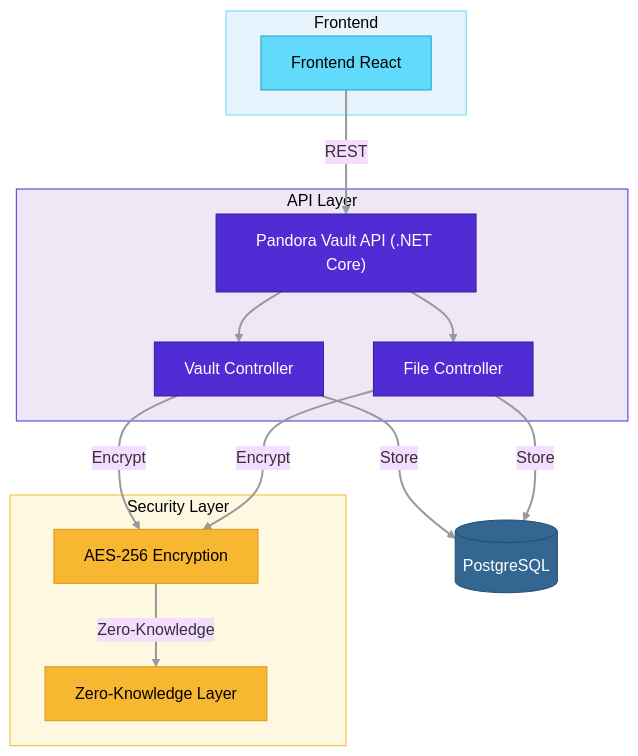
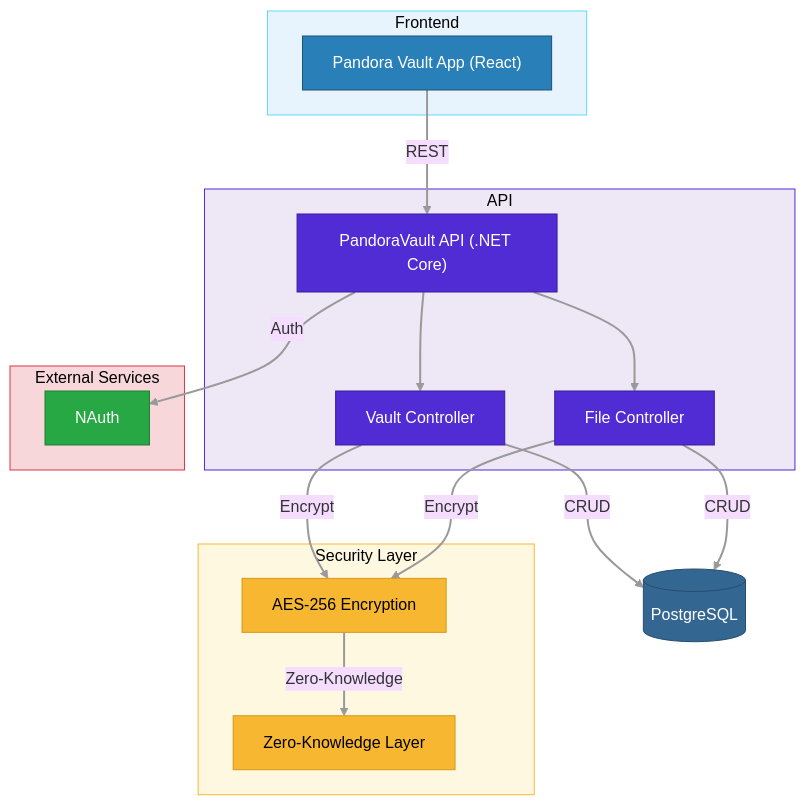
The diagram in emagine-site/src/data/diagrams/pandoravault.mmd (emaginebr/emagine-deploy), drawn with Mermaid (base theme) before and after one commit. The commit also changed 111 other files, not shown here.

Commit message:
fix: refactory diagrams

```diff
--- a/emagine-site/src/data/diagrams/pandoravault.mmd
+++ b/emagine-site/src/data/diagrams/pandoravault.mmd
@@ -1,45 +1,45 @@
 graph TD
     subgraph Frontend
-        FrontendApp["Frontend React"]
+        PVApp["Pandora Vault App (React)"]
     end
-    subgraph API["API Layer"]
-        APIServer["Pandora Vault API (.NET Core)"]
+    subgraph API["API"]
+        APIServer["PandoraVault API (.NET Core)"]
         VaultCtrl["Vault Controller"]
         FileCtrl["File Controller"]
     end
     subgraph Security["Security Layer"]
-        AES["AES-256 Encryption"]
+        EncryptionSvc["AES-256 Encryption"]
         ZeroKnowledge["Zero-Knowledge Layer"]
     end
-    DB[(" PostgreSQL")]
+    subgraph External["External Services"]
+        NAuth["NAuth"]
+    end
+    DB[("PostgreSQL")]
 
-    FrontendApp -->|"REST"| APIServer
+    PVApp -->|"REST"| APIServer
     APIServer --> VaultCtrl
     APIServer --> FileCtrl
-    VaultCtrl -->|"Encrypt"| AES
-    FileCtrl -->|"Encrypt"| AES
-    AES -->|"Zero-Knowledge"| ZeroKnowledge
-    VaultCtrl -->|"Store"| DB
-    FileCtrl -->|"Store"| DB
+    VaultCtrl -->|"Encrypt"| EncryptionSvc
+    FileCtrl -->|"Encrypt"| EncryptionSvc
+    EncryptionSvc -->|"Zero-Knowledge"| ZeroKnowledge
+    VaultCtrl -->|"CRUD"| DB
+    FileCtrl -->|"CRUD"| DB
+    APIServer -->|"Auth"| NAuth
 
-    click FrontendApp mermaidCallback "Frontend"
-    click APIServer mermaidCallback "API"
-    click VaultCtrl mermaidCallback "VaultCtrl"
-    click FileCtrl mermaidCallback "FileCtrl"
-    click AES mermaidCallback "AES"
-    click ZeroKnowledge mermaidCallback "ZeroKnowledge"
-    click DB mermaidCallback "DB"
+    click NAuth mermaidCallback "NAuth"
 
-    style FrontendApp fill:#61DAFB,stroke:#21a1c9,color:#000
+    style PVApp fill:#2980b9,stroke:#1a5276,color:#fff
     style APIServer fill:#512BD4,stroke:#3a1d9e,color:#fff
     style VaultCtrl fill:#512BD4,stroke:#3a1d9e,color:#fff
     style FileCtrl fill:#512BD4,stroke:#3a1d9e,color:#fff
-    style AES fill:#f7b731,stroke:#d4991a,color:#000
+    style EncryptionSvc fill:#f7b731,stroke:#d4991a,color:#000
     style ZeroKnowledge fill:#f7b731,stroke:#d4991a,color:#000
+    style NAuth fill:#28a745,stroke:#1e7e34,color:#fff
     style DB fill:#336791,stroke:#264d6e,color:#fff
 
     style Frontend fill:#e8f4fd,stroke:#61DAFB,color:#000
     style API fill:#ede7f6,stroke:#512BD4,color:#000
     style Security fill:#fff8e1,stroke:#f7b731,color:#000
+    style External fill:#f8d7da,stroke:#dc3545,color:#000
 
     linkStyle default stroke:#999,stroke-width:2px
```
